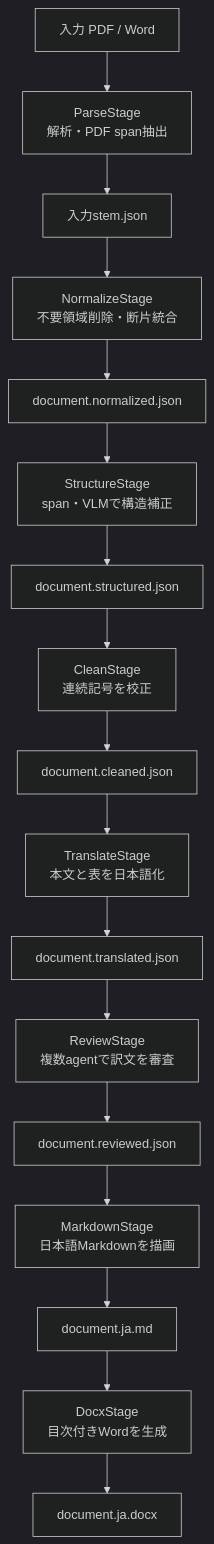
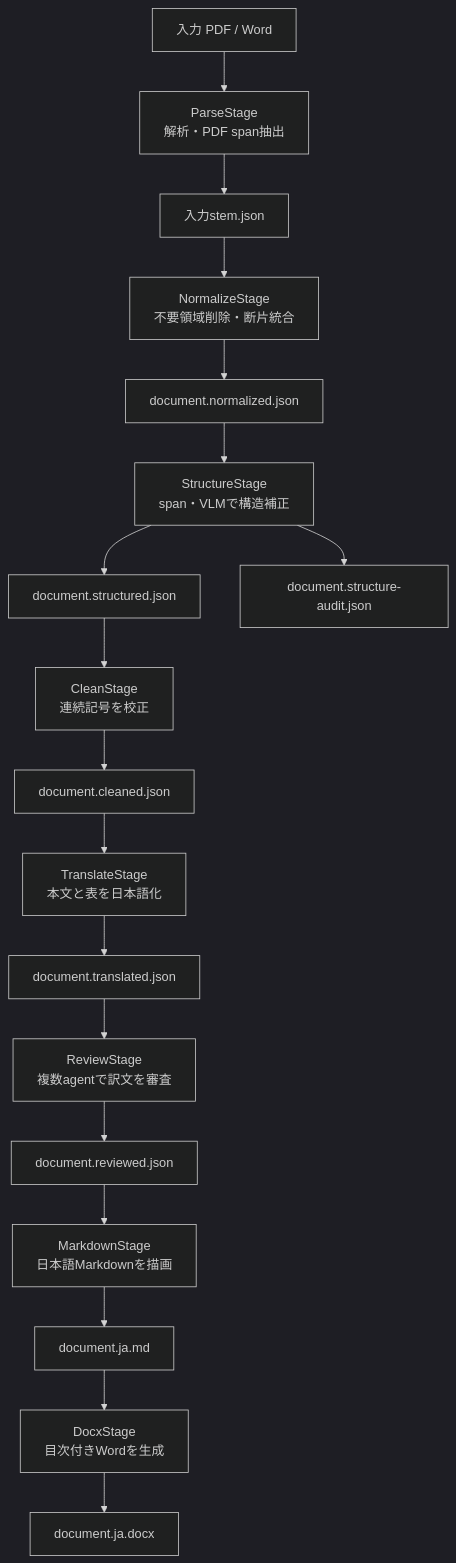
Before and after one commit to k5-mot/skills: the diagram in skills/translate-ja-v4/references/spec.md, drawn with Mermaid (dark theme). The commit also changed other lines of this file and 5 other files, not shown here.

````diff
--- a/skills/translate-ja-v4/references/spec.md
+++ b/skills/translate-ja-v4/references/spec.md
@@ -5,19 +5,20 @@
 ```mermaid
 flowchart TD
     I[入力 PDF / Word] --> P[ParseStage<br/>解析・PDF span抽出]
     P --> J0[入力stem.json]
     J0 --> N[NormalizeStage<br/>不要領域削除・断片統合]
     N --> J1[document.normalized.json]
     J1 --> S[StructureStage<br/>span・VLMで構造補正]
     S --> J2[document.structured.json]
+    S --> A[document.structure-audit.json]
     J2 --> C[CleanStage<br/>連続記号を校正]
     C --> J3[document.cleaned.json]
     J3 --> T[TranslateStage<br/>本文と表を日本語化]
     T --> J4[document.translated.json]
     J4 --> R[ReviewStage<br/>複数agentで訳文を審査]
     R --> J5[document.reviewed.json]
     J5 --> M[MarkdownStage<br/>日本語Markdownを描画]
     M --> MD[document.ja.md]
     MD --> D[DocxStage<br/>目次付きWordを生成]
     D --> DX[document.ja.docx]
 ```
````
